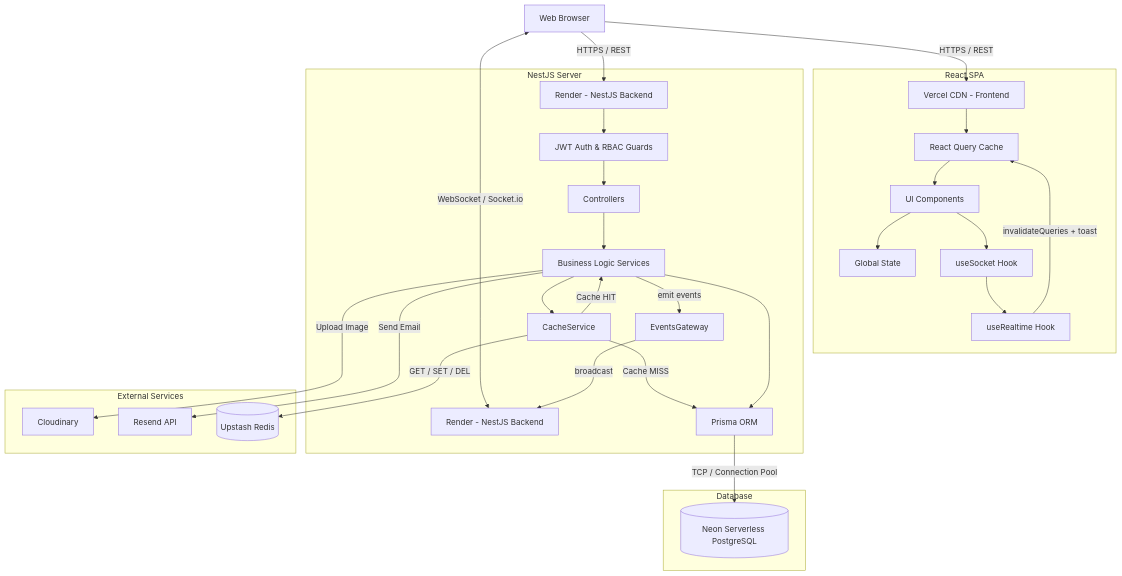
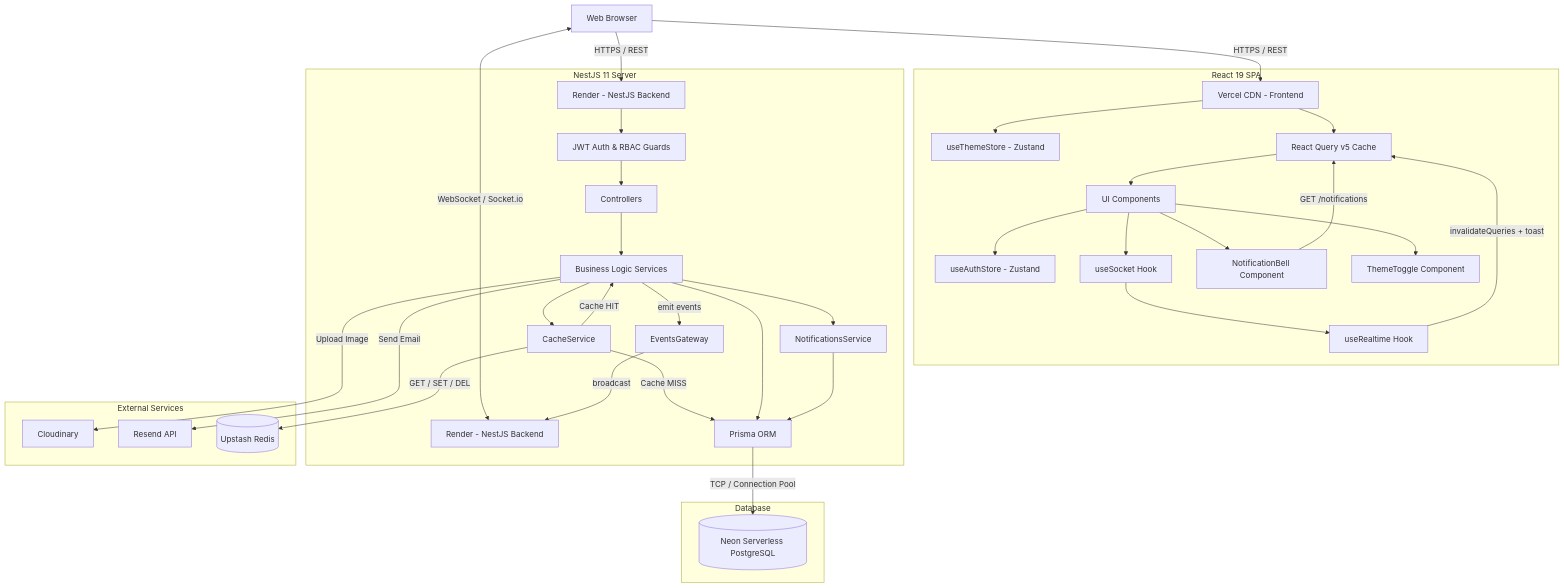
The first of 6 diagrams in README.md (DatPHP/crm-system-2026), drawn with Mermaid before and after one commit. The commit also changed other lines of this file, not shown here.

````diff
--- a/README.md
+++ b/README.md
@@ -85,37 +143,43 @@
 ```mermaid
 graph TD
     Client[Web Browser] -->|HTTPS / REST| CDN[Vercel CDN - Frontend]
     Client -->|HTTPS / REST| API[Render - NestJS Backend]
     Client <-->|WebSocket / Socket.io| WS[Render - NestJS Backend]
 
-    subgraph Frontend [React SPA]
-        CDN --> ReactQuery[React Query Cache]
+    subgraph Frontend [React 19 SPA]
+        CDN --> ThemeStore[useThemeStore - Zustand]
+        CDN --> ReactQuery[React Query v5 Cache]
         ReactQuery --> Components[UI Components]
-        Components --> Zustand[Global State]
+        Components --> AuthStore[useAuthStore - Zustand]
         Components --> useSocket[useSocket Hook]
         useSocket --> useRealtime[useRealtime Hook]
         useRealtime -->|invalidateQueries + toast| ReactQuery
+        Components --> NotificationBell[NotificationBell Component]
+        Components --> ThemeToggle[ThemeToggle Component]
+        NotificationBell -->|GET /notifications| ReactQuery
     end
 
-    subgraph Backend [NestJS Server]
+    subgraph Backend [NestJS 11 Server]
         API --> Guards[JWT Auth & RBAC Guards]
         Guards --> Controllers[Controllers]
         Controllers --> Services[Business Logic Services]
         Services --> Cache[CacheService]
         Cache -->|Cache HIT| Services
         Cache -->|Cache MISS| Prisma[Prisma ORM]
         Services --> Prisma
         Services -->|emit events| Gateway[EventsGateway]
         Gateway -->|broadcast| WS
+        Services --> NotifService[NotificationsService]
+        NotifService --> Prisma
     end
 
     subgraph External Services
         Services -->|Upload Image| Cloudinary[Cloudinary]
         Services -->|Send Email| Resend[Resend API]
         Cache -->|GET / SET / DEL| Redis[(Upstash Redis)]
     end
 
     subgraph Database
         Prisma -->|TCP / Connection Pool| DB[(Neon Serverless PostgreSQL)]
     end
 ```
````
